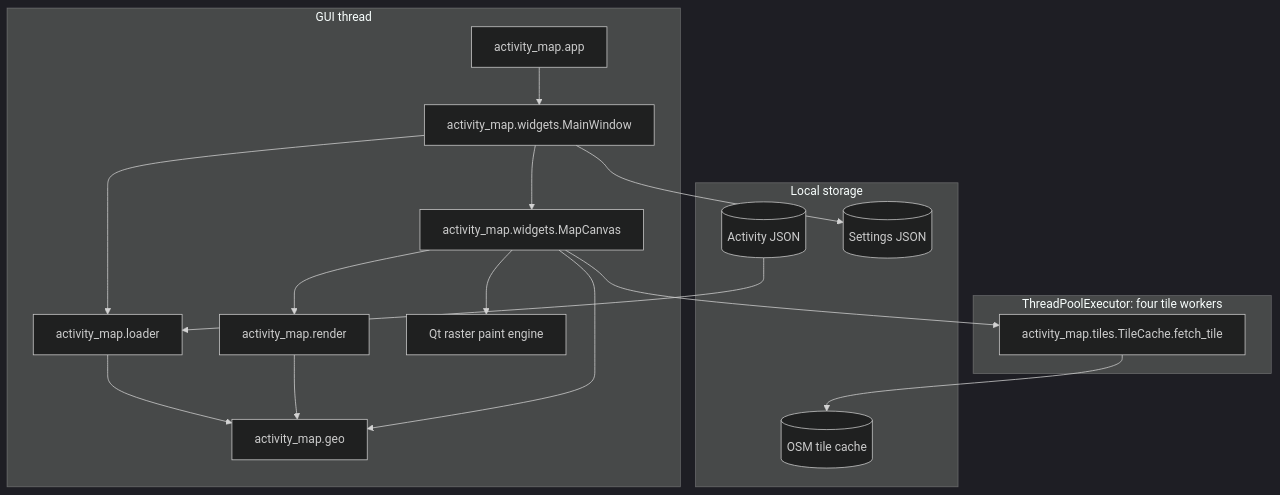
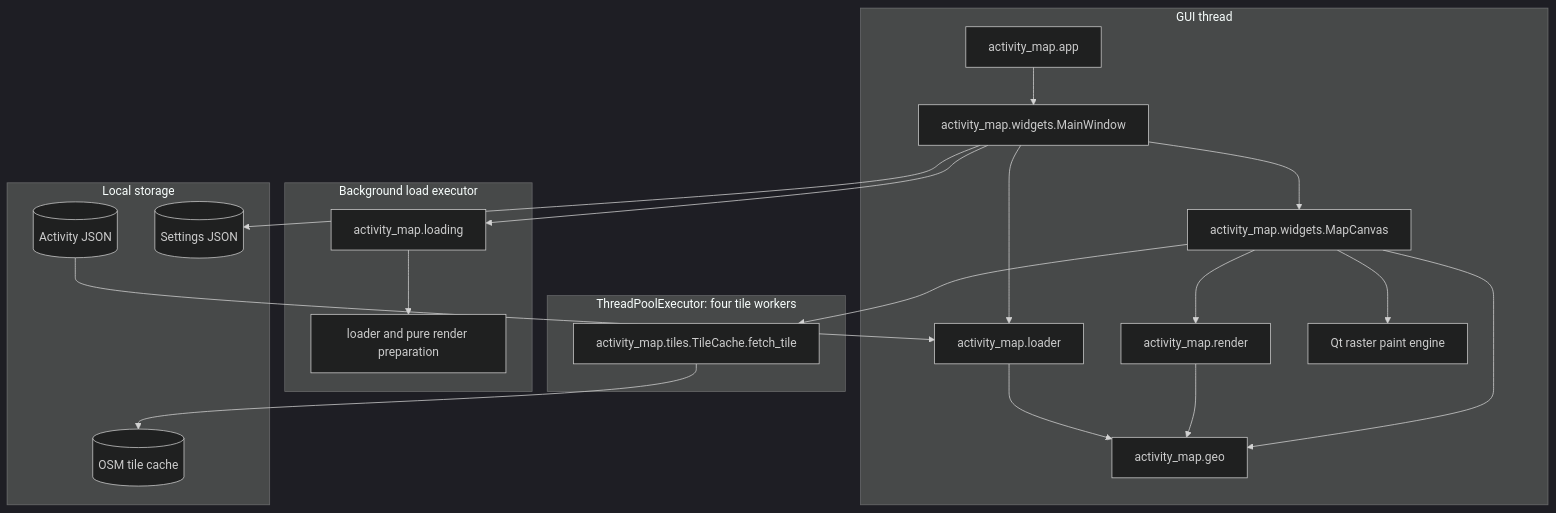
The third of 3 diagrams in documents/data_flow.md (marcelpetrick/GarminActivityMap), drawn with Mermaid (dark theme) before and after one commit. The commit also changed other lines of this file and 16 other files, not shown here.

````diff
--- a/documents/data_flow.md
+++ b/documents/data_flow.md
@@ -116,35 +123,42 @@
 ```mermaid
 flowchart TB
   subgraph GUI["GUI thread"]
     APP[activity_map.app]
     W[activity_map.widgets.MainWindow]
     C[activity_map.widgets.MapCanvas]
     L[activity_map.loader]
     R[activity_map.render]
     G[activity_map.geo]
     Q[Qt raster paint engine]
   end
 
   subgraph WORKERS["ThreadPoolExecutor: four tile workers"]
     TC[activity_map.tiles.TileCache.fetch_tile]
   end
 
+  subgraph LOAD["Background load executor"]
+    LC[activity_map.loading]
+    LP[loader and pure render preparation]
+  end
+
   subgraph STORAGE["Local storage"]
     J[(Activity JSON)]
     TI[(OSM tile cache)]
     ST[(Settings JSON)]
   end
 
   APP --> W
   W --> L
+  W --> LC
+  LC --> LP
   J --> L
   W --> C
   C --> R
   L --> G
   R --> G
   C --> G
   C --> Q
   C --> TC
   TC --> TI
   W --> ST
 ```
````
